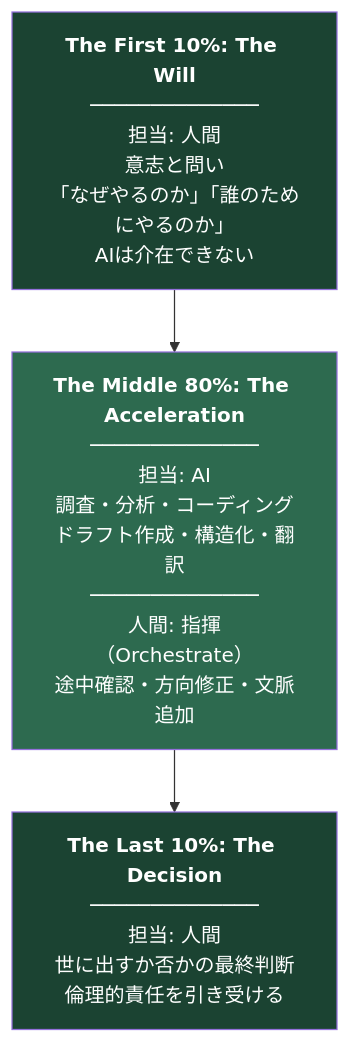
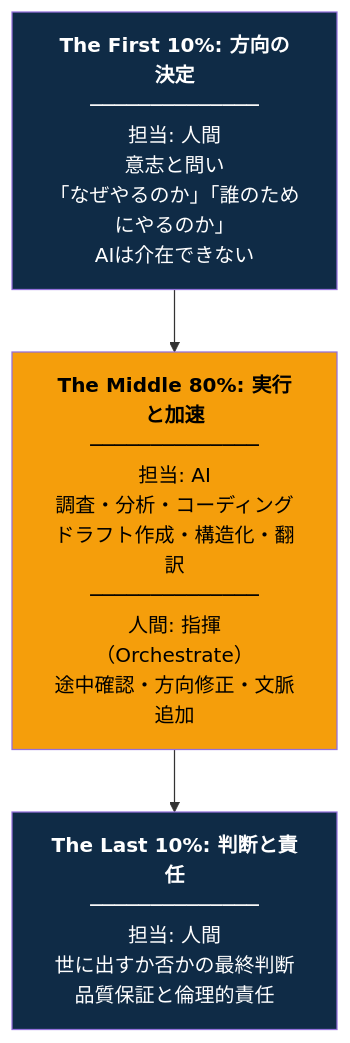
Before and after one commit to Leading-AI-IO/the-10-80-10-principle: the first of 7 diagrams in docs/jp/the_10_80_10_principle_JP.md, drawn with Mermaid. The commit also changed other lines of this file, not shown here.

````diff
--- a/docs/jp/the_10_80_10_principle_JP.md
+++ b/docs/jp/the_10_80_10_principle_JP.md
@@ -107,12 +107,12 @@
 ```mermaid
 graph TD
-    A["<b>The First 10%: The Will</b><br/>──────────────<br/>担当: 人間<br/>意志と問い<br/>「なぜやるのか」「誰のためにやるのか」<br/>AIは介在できない"]
-    B["<b>The Middle 80%: The Acceleration</b><br/>──────────────<br/>担当: AI<br/>調査・分析・コーディング<br/>ドラフト作成・構造化・翻訳<br/>──────────────<br/>人間: 指揮（Orchestrate）<br/>途中確認・方向修正・文脈追加"]
-    C["<b>The Last 10%: The Decision</b><br/>──────────────<br/>担当: 人間<br/>世に出すか否かの最終判断<br/>倫理的責任を引き受ける"]
+    A["<b>The First 10%: 方向の決定</b><br/>──────────────<br/>担当: 人間<br/>意志と問い<br/>「なぜやるのか」「誰のためにやるのか」<br/>AIは介在できない"]
+    B["<b>The Middle 80%: 実行と加速</b><br/>──────────────<br/>担当: AI<br/>調査・分析・コーディング<br/>ドラフト作成・構造化・翻訳<br/>──────────────<br/>人間: 指揮（Orchestrate）<br/>途中確認・方向修正・文脈追加"]
+    C["<b>The Last 10%: 判断と責任</b><br/>──────────────<br/>担当: 人間<br/>世に出すか否かの最終判断<br/>品質保証と倫理的責任"]
 
     A --> B --> C
 
-    style A fill:#1b4332,color:#fff
-    style B fill:#2d6a4f,color:#fff
-    style C fill:#1b4332,color:#fff
+    style A fill:#0f2b46,color:#fff
+    style B fill:#f59e0b,color:#000
+    style C fill:#0f2b46,color:#fff
 ```
````
